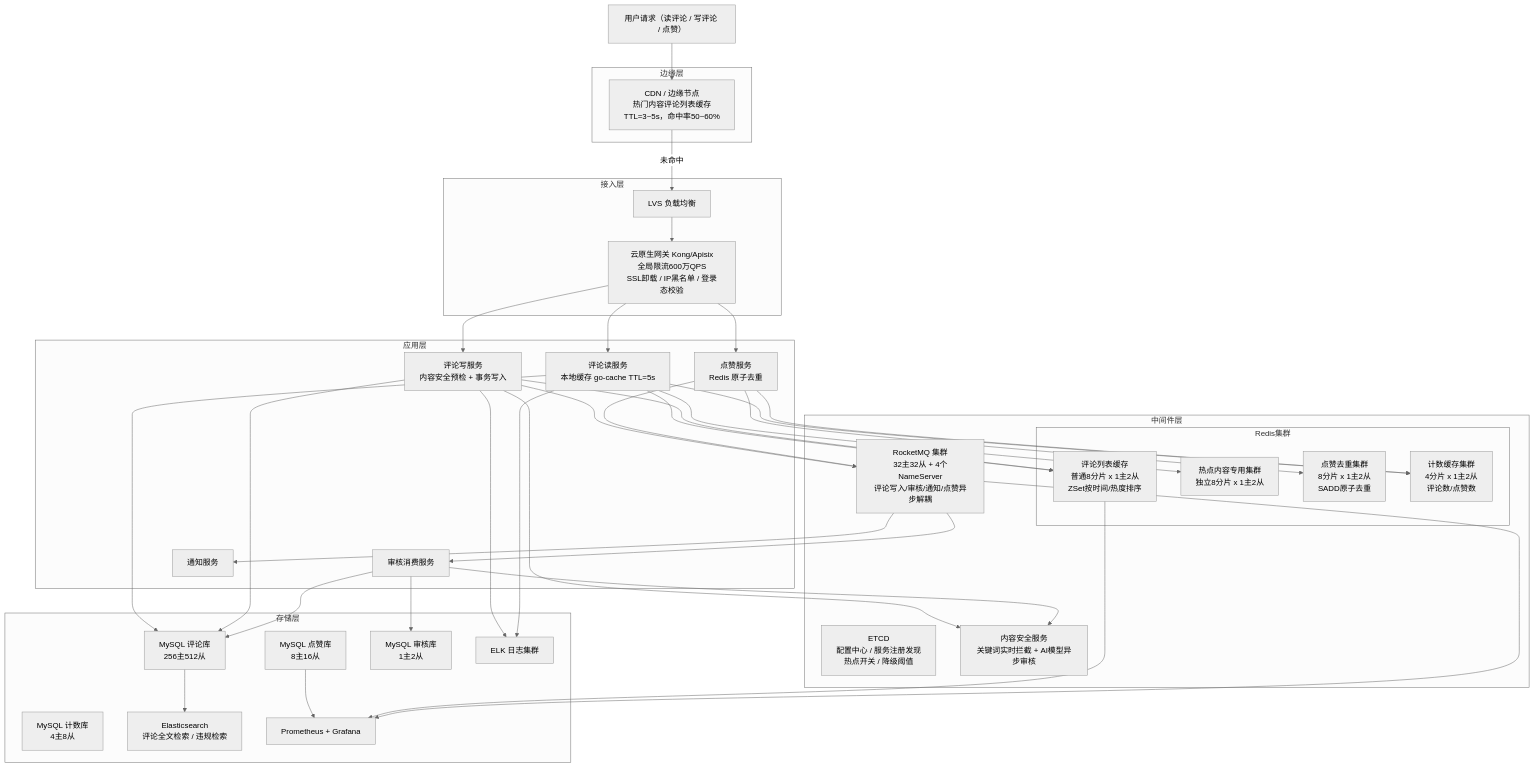
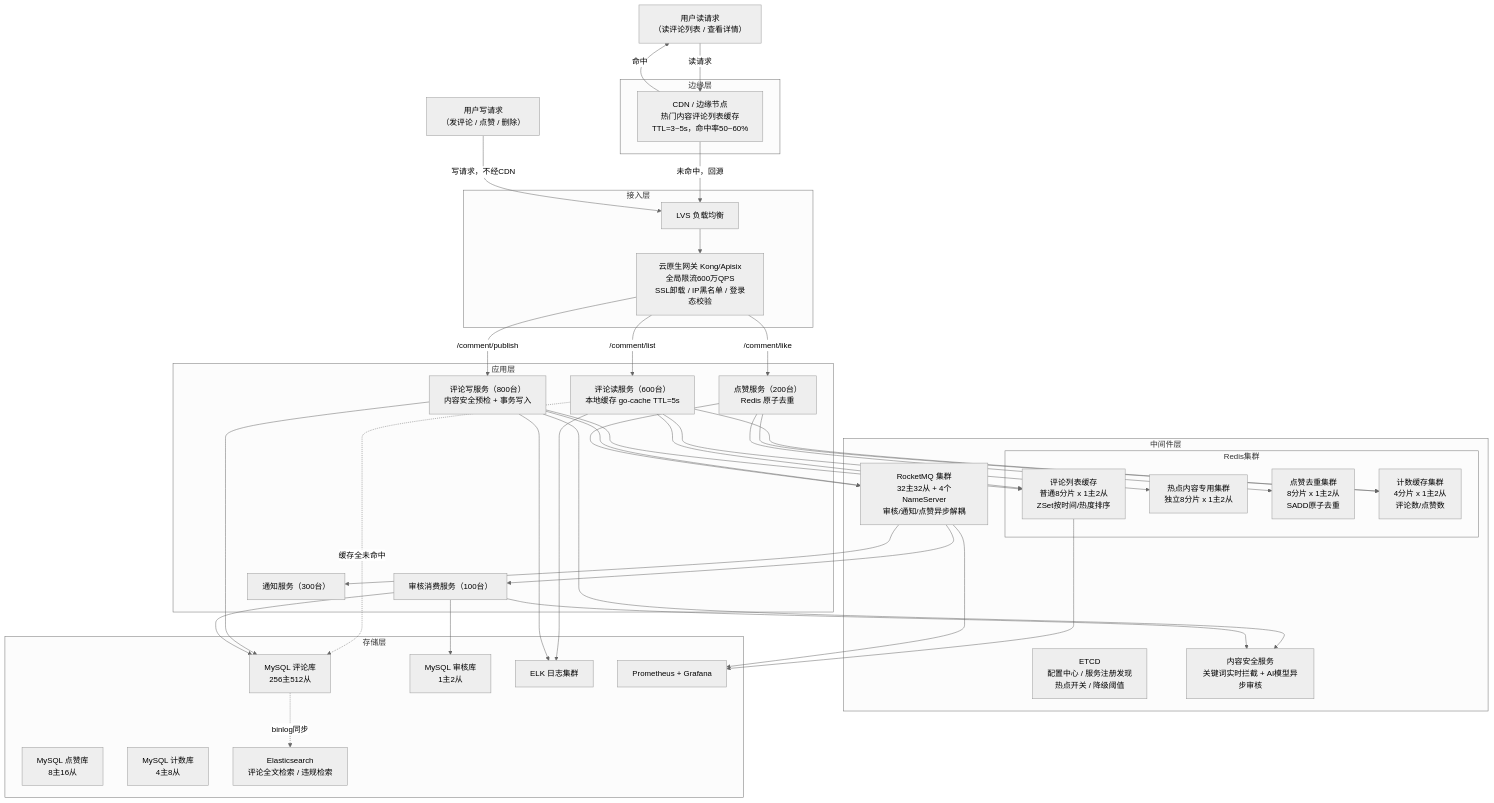
The diagram in system-design/comment-system-design.md (anjiadoo/my-algo-plan), drawn with Mermaid (neutral theme) before and after one commit. The commit also changed other lines of this file and 1 other file, not shown here.

First line of the commit message:
docs(system-design): 优化评论/Feed系统架构图与核心流程图

````diff
--- a/system-design/comment-system-design.md
+++ b/system-design/comment-system-design.md
@@ -309,6 +309,7 @@
 ```mermaid
 flowchart TD
-    User["用户请求（读评论 / 写评论 / 点赞）"]
+    USER_READ["用户读请求\n（读评论列表 / 查看详情）"]
+    USER_WRITE["用户写请求\n（发评论 / 点赞 / 删除）"]
 
     subgraph 边缘层
         CDN["CDN / 边缘节点\n热门内容评论列表缓存\nTTL=3~5s，命中率50~60%"]
@@ -320,11 +321,11 @@
     end
 
     subgraph 应用层
-        SVC_READ["评论读服务\n本地缓存 go-cache TTL=5s"]
-        SVC_WRITE["评论写服务\n内容安全预检 + 事务写入"]
-        SVC_LIKE["点赞服务\nRedis 原子去重"]
-        SVC_AUDIT["审核消费服务"]
-        SVC_NOTIFY["通知服务"]
+        SVC_READ["评论读服务（600台）\n本地缓存 go-cache TTL=5s"]
+        SVC_WRITE["评论写服务（800台）\n内容安全预检 + 事务写入"]
+        SVC_LIKE["点赞服务（200台）\nRedis 原子去重"]
+        SVC_AUDIT["审核消费服务（100台）"]
+        SVC_NOTIFY["通知服务（300台）"]
     end
 
     subgraph 中间件层
@@ -334,7 +335,7 @@
             REDIS_LIKE["点赞去重集群\n8分片 x 1主2从\nSADD原子去重"]
             REDIS_COUNT["计数缓存集群\n4分片 x 1主2从\n评论数/点赞数"]
         end
-        MQ["RocketMQ 集群\n32主32从 + 4个NameServer\n评论写入/审核/通知/点赞异步解耦"]
+        MQ["RocketMQ 集群\n32主32从 + 4个NameServer\n审核/通知/点赞异步解耦"]
         ETCD["ETCD\n配置中心 / 服务注册发现\n热点开关 / 降级阈值"]
         SECURITY["内容安全服务\n关键词实时拦截 + AI模型异步审核"]
     end
@@ -349,21 +350,27 @@
         PROM["Prometheus + Grafana"]
     end
 
-    User --> CDN
-    CDN -->|未命中| LVS
+    %% 读路径：走 CDN 边缘缓存
+    USER_READ -->|读请求| CDN
+    CDN -->|命中| USER_READ
+    CDN -->|未命中，回源| LVS
+
+    %% 写路径：绕过 CDN，直连接入层
+    USER_WRITE -->|写请求，不经CDN| LVS
+
     LVS --> GW
-    GW --> SVC_READ
-    GW --> SVC_WRITE
-    GW --> SVC_LIKE
+    GW -->|/comment/list| SVC_READ
+    GW -->|/comment/publish| SVC_WRITE
+    GW -->|/comment/like| SVC_LIKE
 
     SVC_READ --> REDIS_LIST
     SVC_READ --> REDIS_HOT
     SVC_READ --> REDIS_COUNT
-    SVC_READ --> DB_COMMENT
+    SVC_READ -.->|缓存全未命中| DB_COMMENT
 
     SVC_WRITE --> SECURITY
+    SVC_WRITE --> DB_COMMENT
     SVC_WRITE --> REDIS_LIST
-    SVC_WRITE --> DB_COMMENT
     SVC_WRITE --> MQ
 
     SVC_LIKE --> REDIS_LIKE
@@ -376,10 +383,9 @@
     SVC_AUDIT --> DB_AUDIT
     SVC_AUDIT --> DB_COMMENT
 
-    DB_COMMENT --> ES
-    DB_LIKE --> PROM
+    DB_COMMENT -.->|binlog同步| ES
+    SVC_READ --> ELK
+    SVC_WRITE --> ELK
     REDIS_LIST --> PROM
     MQ --> PROM
-    SVC_WRITE --> ELK
-    SVC_READ --> ELK
 ```
````
